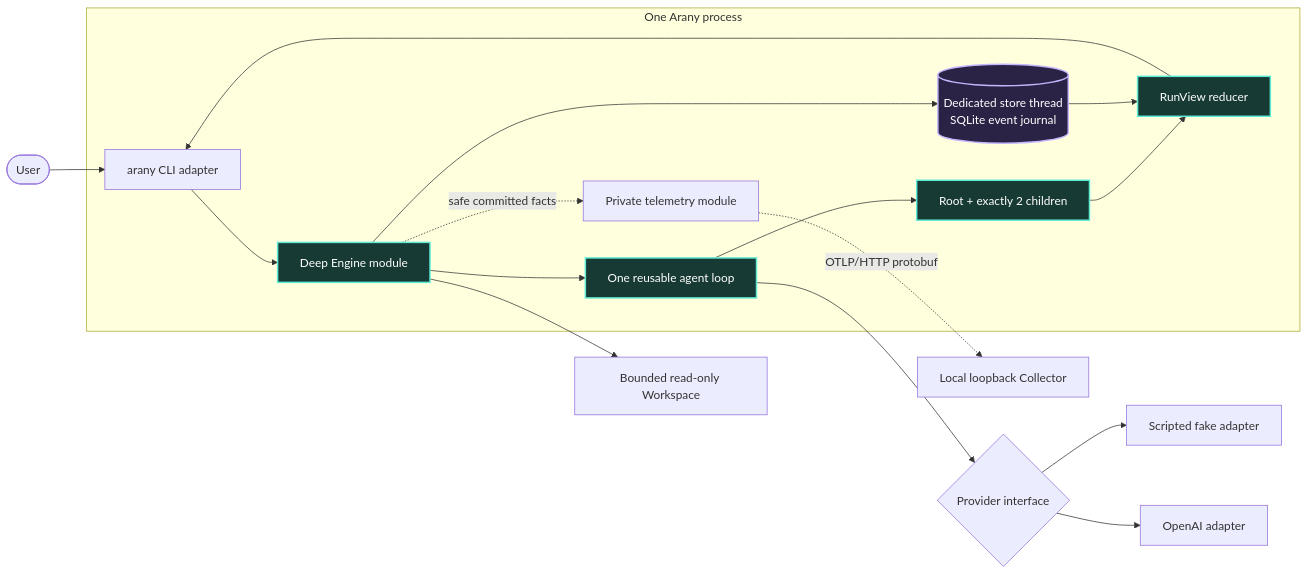
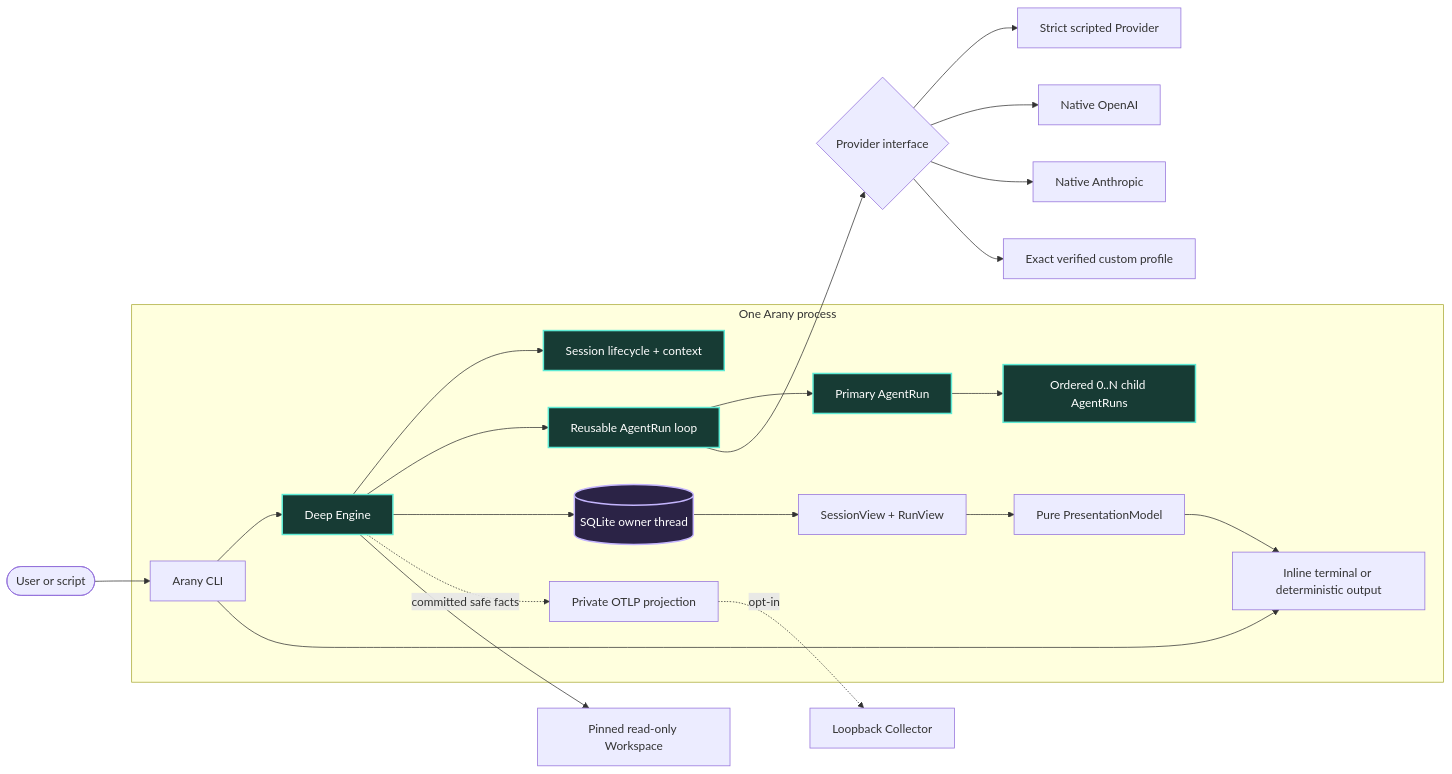
Before and after one commit to fpmirabile/arany: the diagram in docs/architecture/system-overview.md, drawn with Mermaid. The commit also changed other lines of this file and 31 other files, not shown here.

````diff
--- a/docs/architecture/system-overview.md
+++ b/docs/architecture/system-overview.md
@@ -37,26 +31,31 @@
 ```mermaid
 flowchart LR
-    User([User]) --> CLI[arany CLI adapter]
+    User([User or script]) --> CLI[Arany CLI]
 
     subgraph Process[One Arany process]
-        CLI --> Engine[Deep Engine module]
-        Engine --> Loop[One reusable agent loop]
-        Loop --> Team[Root + exactly 2 children]
-        Team --> View[RunView reducer]
-        View --> CLI
-        Engine --> Store[(Dedicated store thread<br/>SQLite event journal)]
-        Store --> View
-        Engine -. safe committed facts .-> Telemetry[Private telemetry module]
+        CLI --> Engine[Deep Engine]
+        CLI --> Terminal[Inline terminal or deterministic output]
+        Engine --> Session[Session lifecycle + context]
+        Engine --> Loop[Reusable AgentRun loop]
+        Loop --> Primary[Primary AgentRun]
+        Primary --> Children[Ordered 0..N child AgentRuns]
+        Engine --> Store[(SQLite owner thread)]
+        Store --> Views[SessionView + RunView]
+        Views --> Presentation[Pure PresentationModel]
+        Presentation --> Terminal
+        Engine -. committed safe facts .-> OTLP[Private OTLP projection]
     end
 
     Loop --> Provider{Provider interface}
-    Provider --> Fake[Scripted fake adapter]
-    Provider --> OpenAI[OpenAI adapter]
-    Engine --> Workspace[Bounded read-only Workspace]
-    Telemetry -. OTLP/HTTP protobuf .-> Collector[Local loopback Collector]
+    Provider --> Fake[Strict scripted Provider]
+    Provider --> OpenAI[Native OpenAI]
+    Provider --> Anthropic[Native Anthropic]
+    Provider --> Custom[Exact verified custom profile]
+    Engine --> Workspace[Pinned read-only Workspace]
+    OTLP -. opt-in .-> Collector[Loopback Collector]
 
     classDef deep fill:#173b34,color:#fff,stroke:#5eead4,stroke-width:2px;
-    classDef data fill:#2b2346,color:#fff,stroke:#c4b5fd,stroke-width:2px;
-    class Engine,Loop,Team,View deep;
-    class Store data;
+    classDef canonical fill:#2b2346,color:#fff,stroke:#c4b5fd,stroke-width:2px;
+    class Engine,Session,Loop,Primary,Children deep;
+    class Store canonical;
 ```
````
